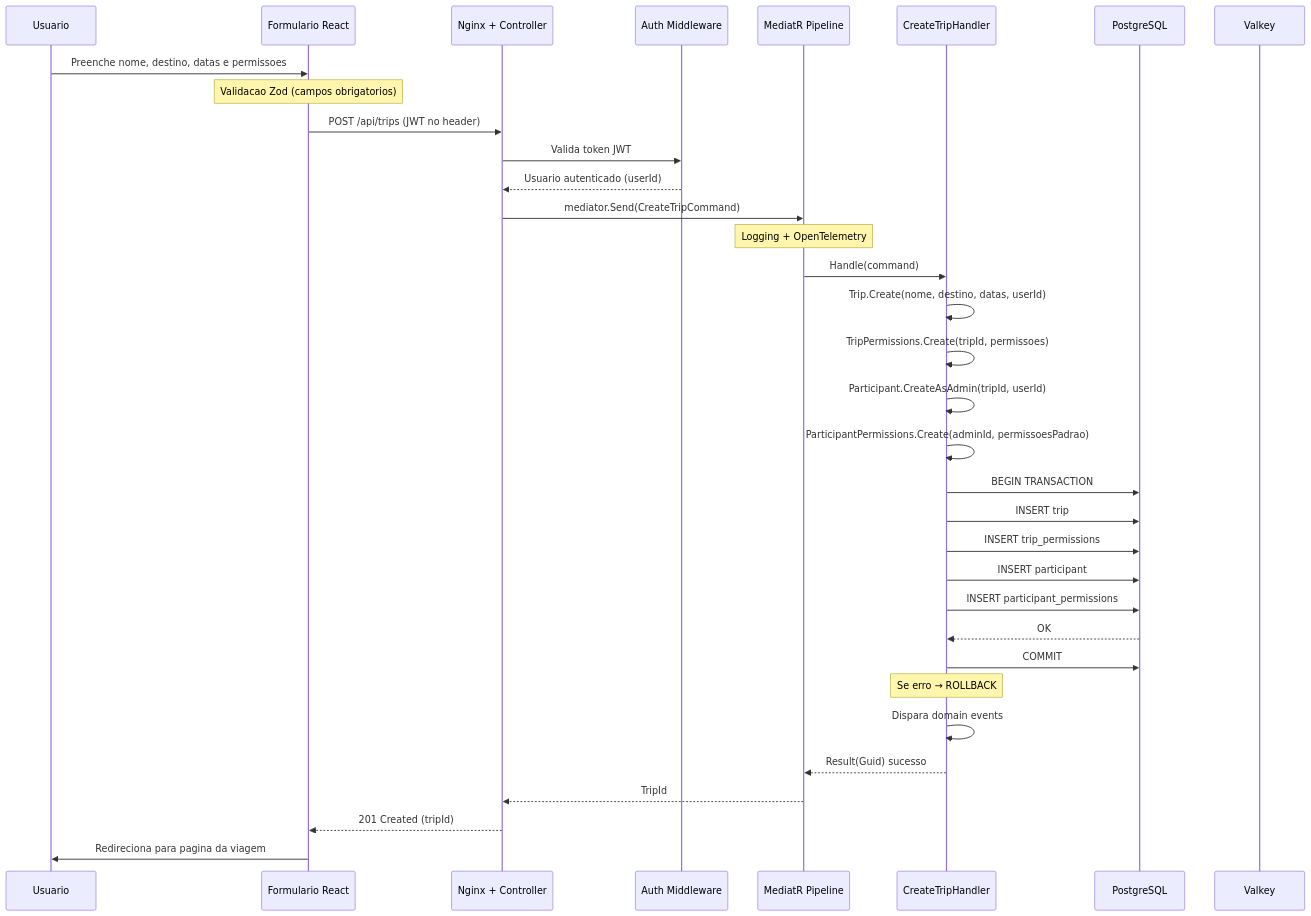
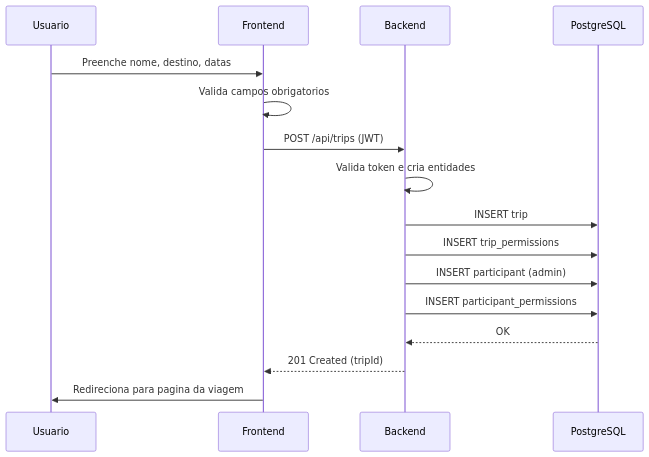
Before and after one commit to EzTripLabs/documentation: the first of 2 diagrams in TCC/diagramas-sequencia.md, drawn with Mermaid. The commit also changed other lines of this file, not shown here.

````diff
--- a/TCC/diagramas-sequencia.md
+++ b/TCC/diagramas-sequencia.md
@@ -5,40 +5,19 @@
 ```mermaid
 sequenceDiagram
     participant User as Usuario
-    participant Form as Formulario React
-    participant API as Nginx + Controller
-    participant Auth as Auth Middleware
-    participant MediatR as MediatR Pipeline
-    participant Handler as CreateTripHandler
+    participant Front as Frontend
+    participant Back as Backend
     participant DB as PostgreSQL
-    participant Cache as Valkey
 
-    User->>Form: Preenche nome, destino, datas e permissoes
-    Note over Form: Validacao Zod (campos obrigatorios)
-    Form->>API: POST /api/trips (JWT no header)
-    API->>Auth: Valida token JWT
-    Auth-->>API: Usuario autenticado (userId)
-    API->>MediatR: mediator.Send(CreateTripCommand)
-    Note over MediatR: Logging + OpenTelemetry
-    MediatR->>Handler: Handle(command)
-
-    Handler->>Handler: Trip.Create(nome, destino, datas, userId)
-    Handler->>Handler: TripPermissions.Create(tripId, permissoes)
-    Handler->>Handler: Participant.CreateAsAdmin(tripId, userId)
-    Handler->>Handler: ParticipantPermissions.Create(adminId, permissoesPadrao)
-
-    Handler->>DB: BEGIN TRANSACTION
-    Handler->>DB: INSERT trip
-    Handler->>DB: INSERT trip_permissions
-    Handler->>DB: INSERT participant
-    Handler->>DB: INSERT participant_permissions
-    DB-->>Handler: OK
-    Handler->>DB: COMMIT
-    Note over Handler: Se erro → ROLLBACK
-
-    Handler->>Handler: Dispara domain events
-    Handler-->>MediatR: Result(Guid) sucesso
-    MediatR-->>API: TripId
-    API-->>Form: 201 Created (tripId)
-    Form->>User: Redireciona para pagina da viagem
+    User->>Front: Preenche nome, destino, datas
+    Front->>Front: Valida campos obrigatorios
+    Front->>Back: POST /api/trips (JWT)
+    Back->>Back: Valida token e cria entidades
+    Back->>DB: INSERT trip
+    Back->>DB: INSERT trip_permissions
+    Back->>DB: INSERT participant (admin)
+    Back->>DB: INSERT participant_permissions
+    DB-->>Back: OK
+    Back-->>Front: 201 Created (tripId)
+    Front->>User: Redireciona para pagina da viagem
 ```
````
